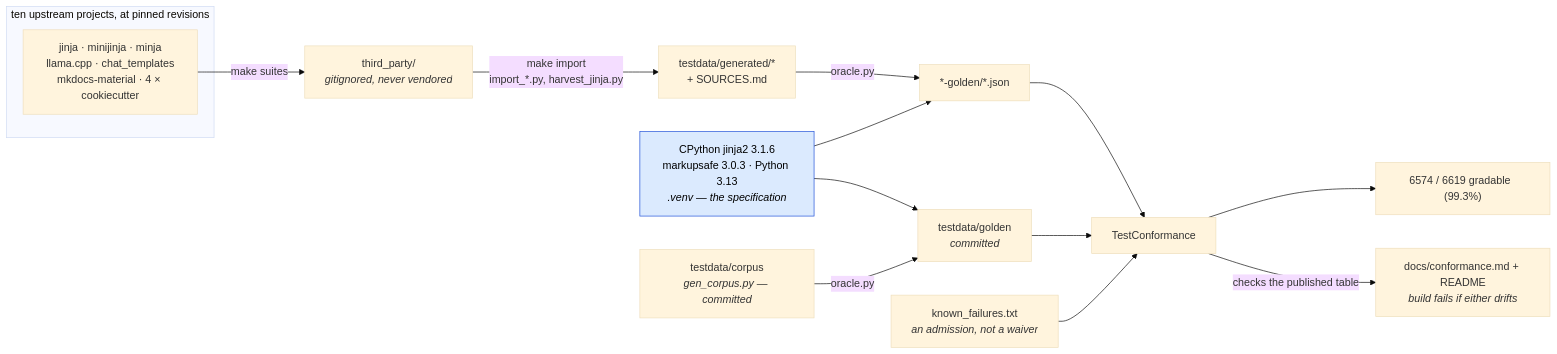
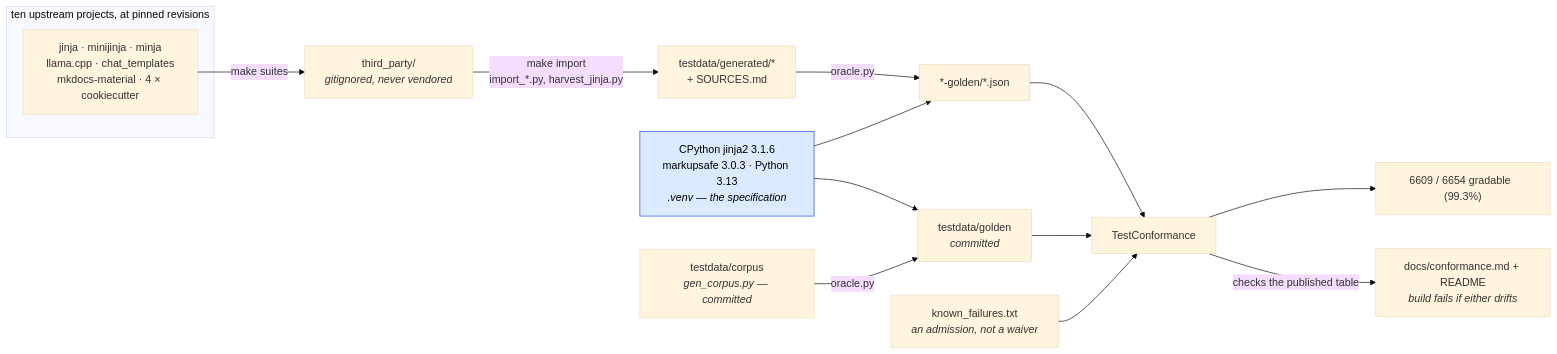
The first of 2 diagrams in docs/conformance.md (mgilbir/gojja2), drawn with Mermaid (base theme) before and after one commit. The commit also changed other lines of this file and 119 other files, not shown here.

````diff
--- a/docs/conformance.md
+++ b/docs/conformance.md
@@ -17,24 +17,24 @@
 ```mermaid
 flowchart LR
     subgraph up["ten upstream projects, at pinned revisions"]
         U1["jinja · minijinja · minja<br/>llama.cpp · chat_templates<br/>mkdocs-material · 4 × cookiecutter"]
     end
     U1 -->|"make suites"| TP["third_party/<br/><i>gitignored, never vendored</i>"]
     TP -->|"make import<br/>import_*.py, harvest_jinja.py"| GEN["testdata/generated/*<br/>+ SOURCES.md"]
 
     ORA["CPython jinja2 3.1.6<br/>markupsafe 3.0.3 · Python 3.13<br/><i>.venv — the specification</i>"]
     GEN -->|"oracle.py"| G2["*-golden/*.json"]
     ORA --> G2
 
     OWN["testdata/corpus<br/><i>gen_corpus.py — committed</i>"] -->|"oracle.py"| G1["testdata/golden<br/><i>committed</i>"]
     ORA --> G1
 
     G1 --> TC["TestConformance"]
     G2 --> TC
     KF["known_failures.txt<br/><i>an admission, not a waiver</i>"] --> TC
-    TC --> RATE["6574 / 6619 gradable  (99.3%)"]
+    TC --> RATE["6609 / 6654 gradable  (99.3%)"]
     TC -->|"checks the published table"| RM["docs/conformance.md + README<br/><i>build fails if either drifts</i>"]
 
     classDef spec fill:#dbeafe,stroke:#1d4ed8,color:#000
     class ORA spec
 ```
````
